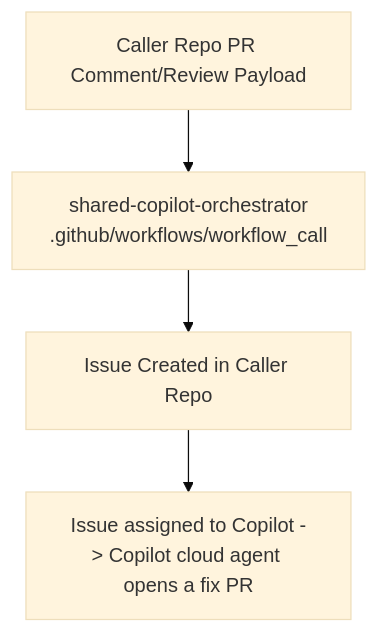
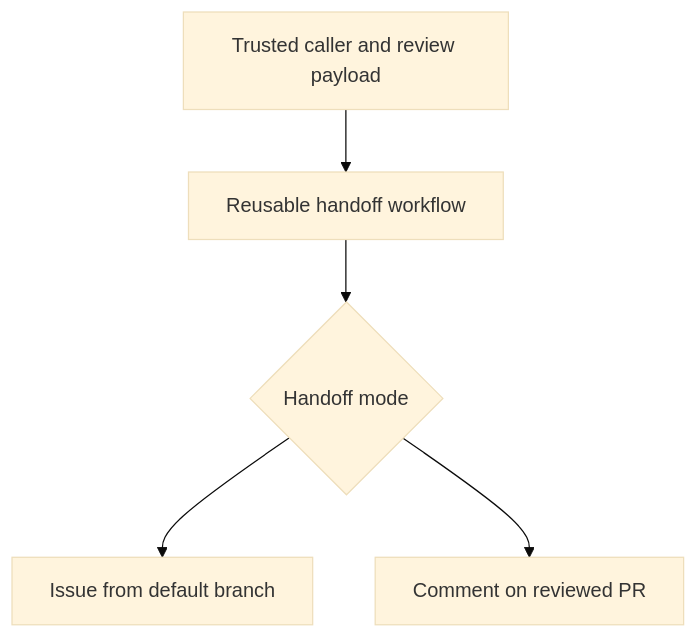
One commit to DownAtTheBottomOfTheMoleHole/shared-copilot-orchestrator changed the diagram in README.md. Above: the diagram before and after it, drawn with Mermaid (base theme). The commit also changed other lines of this file, not shown here.

Commit message:
docs: explain trusted callers and handoff modes

````diff
--- a/README.md
+++ b/README.md
@@ -15,6 +16,7 @@
 ```mermaid
 flowchart TD
-    A[Caller Repo PR Comment/Review Payload] --> B[shared-copilot-orchestrator<br>.github/workflows/workflow_call]
-    B --> C[Issue Created in Caller Repo]
-    C --> D["Issue assigned to Copilot -> Copilot cloud agent opens a fix PR"]
+    A["Trusted caller and review payload"] --> B["Reusable handoff workflow"]
+    B --> C{"Handoff mode"}
+    C --> D["Issue from default branch"]
+    C --> E["Comment on reviewed PR"]
 ```
````
